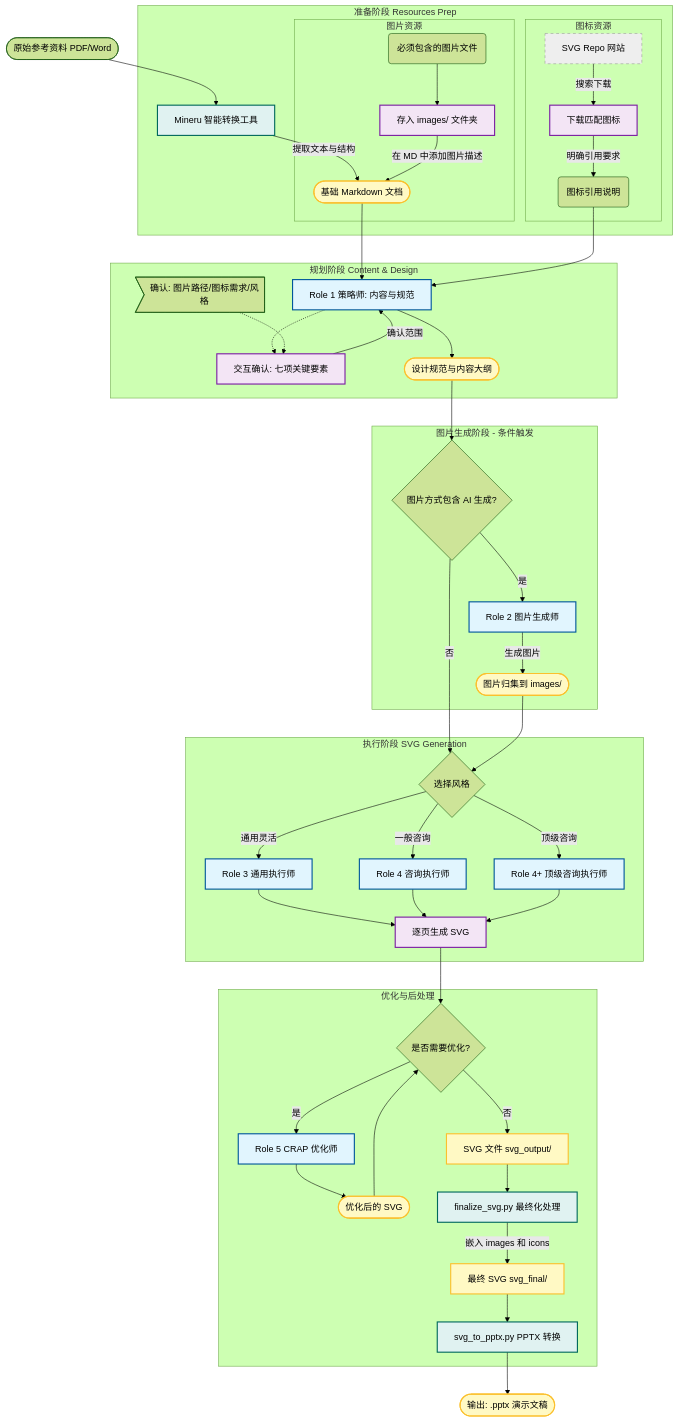
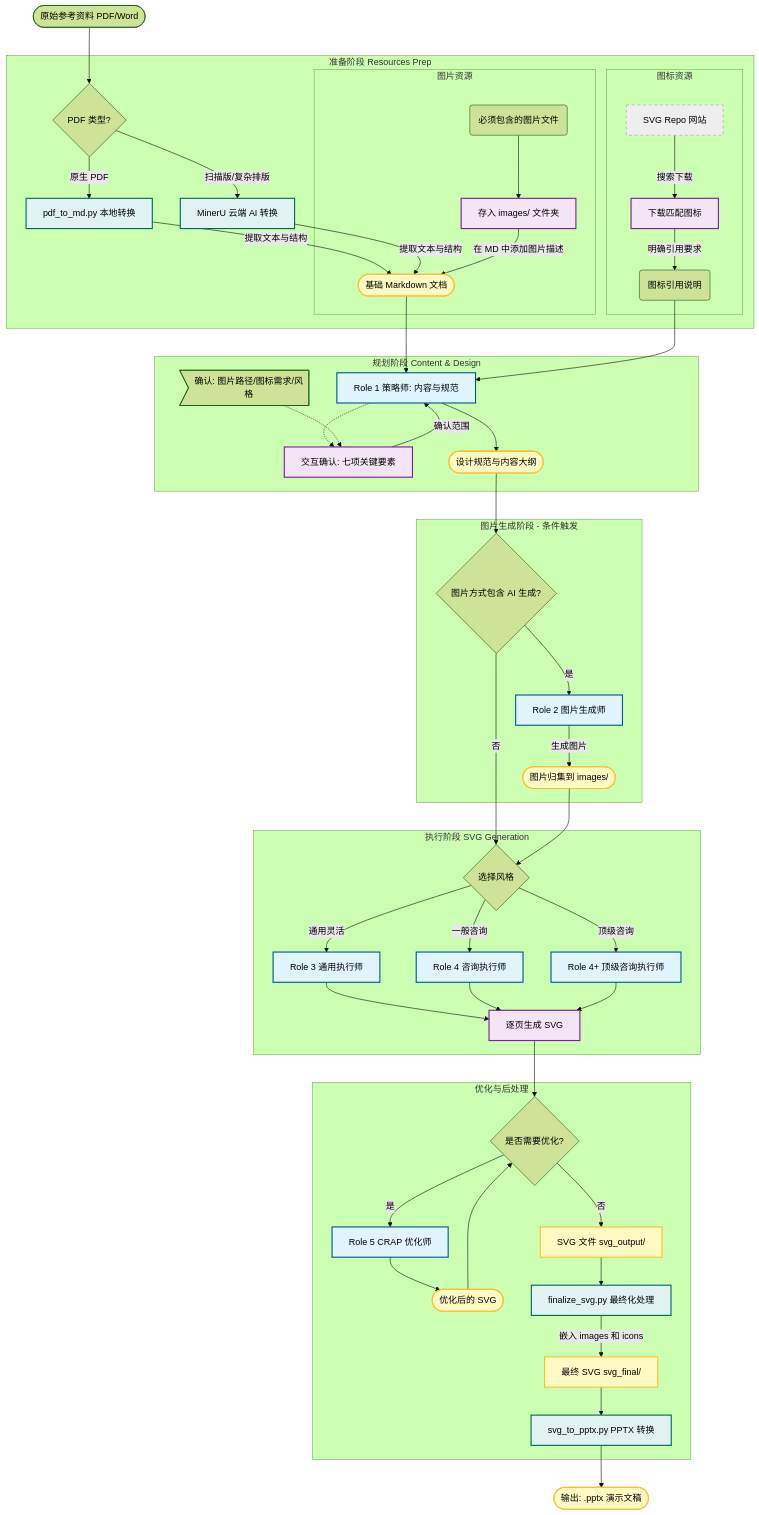
Before and after one commit to hugohe3/ppt-master: the diagram in README.md, drawn with Mermaid (forest theme). The commit also changed other lines of this file and 4 other files, not shown here.

First line of the commit message:
feat(tools): 添加 PDF 转 Markdown 本地转换工具

```diff
--- a/README.md
+++ b/README.md
@@ -199,13 +199,15 @@
     classDef external fill:#eee,stroke:#999,stroke-width:1px,stroke-dasharray: 5 5;
 
     %% 流程入口
-    RawDoc([原始参考资料 PDF/Word]) --> Mineru
+    RawDoc([原始参考资料 PDF/Word]) --> PDFConvert{PDF 类型?}
 
     %% 准备阶段
     subgraph Preparation [准备阶段 Resources Prep]
-        Mineru[Mineru 智能转换工具]:::tool
+        PDFConvert -- 原生 PDF --> PyMuPDF[pdf_to_md.py 本地转换]:::tool
+        PDFConvert -- 扫描版/复杂排版 --> Mineru[MinerU 云端 AI 转换]:::tool
         
-        Mineru -- 提取文本与结构 --> MD([基础 Markdown 文档]):::artifact
+        PyMuPDF -- 提取文本与结构 --> MD([基础 Markdown 文档]):::artifact
+        Mineru -- 提取文本与结构 --> MD
         
         %% 图片处理流程
         subgraph ImageFlow [图片资源]
```
